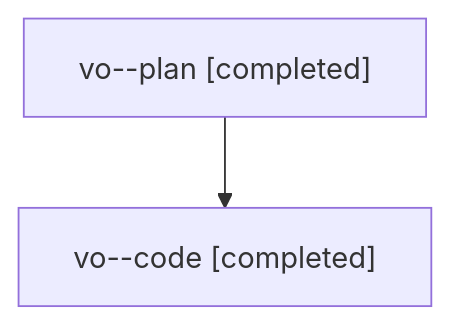
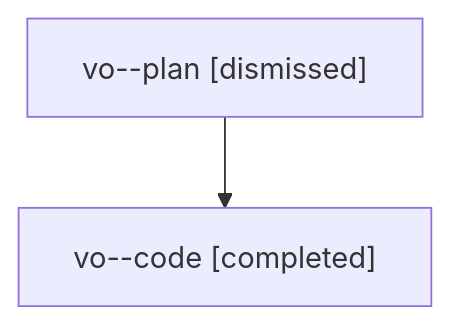
One commit to sase-org/sase--agents changed the diagram in families/bbugyi200.athena.vo.md. Above: the diagram before and after it, drawn with Mermaid. The commit also changed other lines of this file and 1120 other files, not shown here.

````diff
--- a/families/bbugyi200.athena.vo.md
+++ b/families/bbugyi200.athena.vo.md
@@ -9,6 +9,6 @@
 ```mermaid
 flowchart TD
-  n0["vo--plan [completed]"]
+  n0["vo--plan [dismissed]"]
   n1["vo--code [completed]"]
   n0 --> n1
 ```
````
